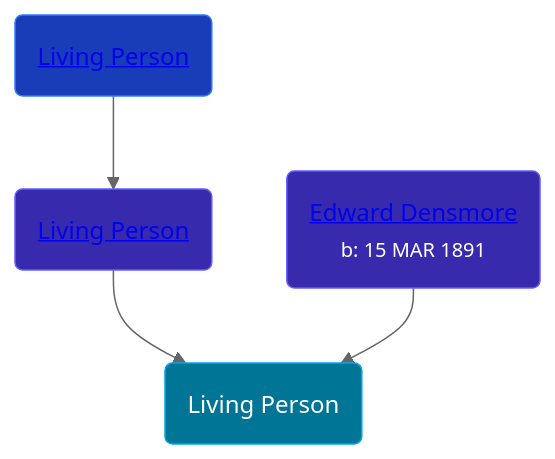
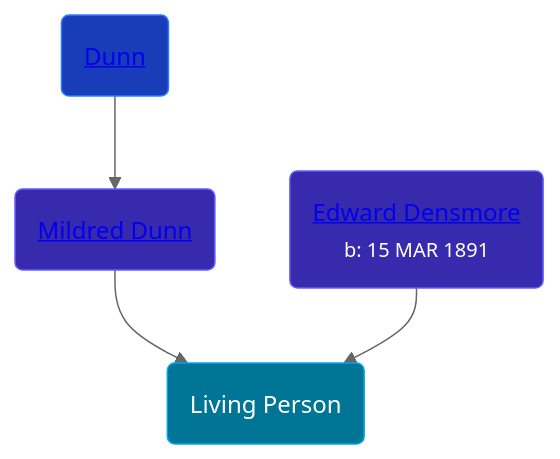
The diagram in pages/people/3/37254066.md (wpmgotkh/wpmgotkh.github.io), drawn with Mermaid (neutral theme) before and after one commit. The commit also changed other lines of this file and 586 other files, not shown here.

Commit message:
feat: better shouldConsiderPersonLiving algo

````diff
--- a/pages/people/3/37254066.md
+++ b/pages/people/3/37254066.md
@@ -10,10 +10,10 @@
 ```mermaid
 graph
 classDef grands fill:#193cb8,stroke:#2b7fff,stroke-width:1px,color:#fff;
 classDef parents fill:#372aac,stroke:#615fff,stroke-width:1px,color:#fff;
 classDef primary fill:#007595,stroke:#00a6f4,stroke-width:1px,color:#fff;
 37254066(Living Person):::primary
-7869963(<a class="text-white" href="/people/7/7869963">Living Person</a>):::parents-->37254066
-14066328(<a class="text-white" href="/people/1/14066328">Living Person</a>):::grands-->7869963
+7869963(<a class="text-white" href="/people/7/7869963">Mildred Dunn</a>):::parents-->37254066
+14066328(<a class="text-white" href="/people/1/14066328">Dunn</a>):::grands-->7869963
 75117844(<a class="text-white" href="/people/7/75117844">Edward Densmore</a><br /><small>b: 15 MAR 1891</small>):::parents-->37254066
 ```
````
